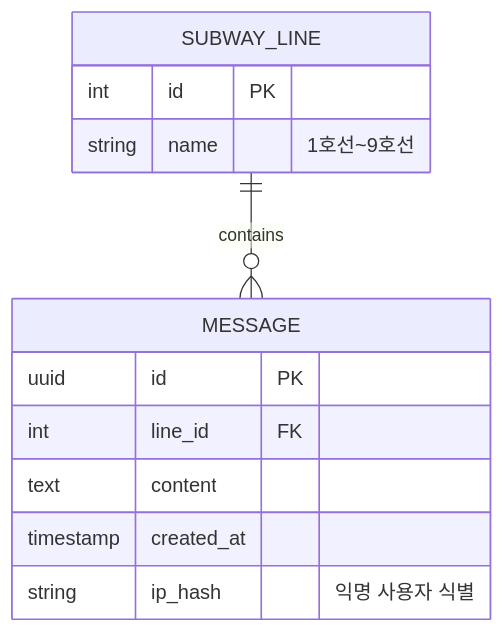
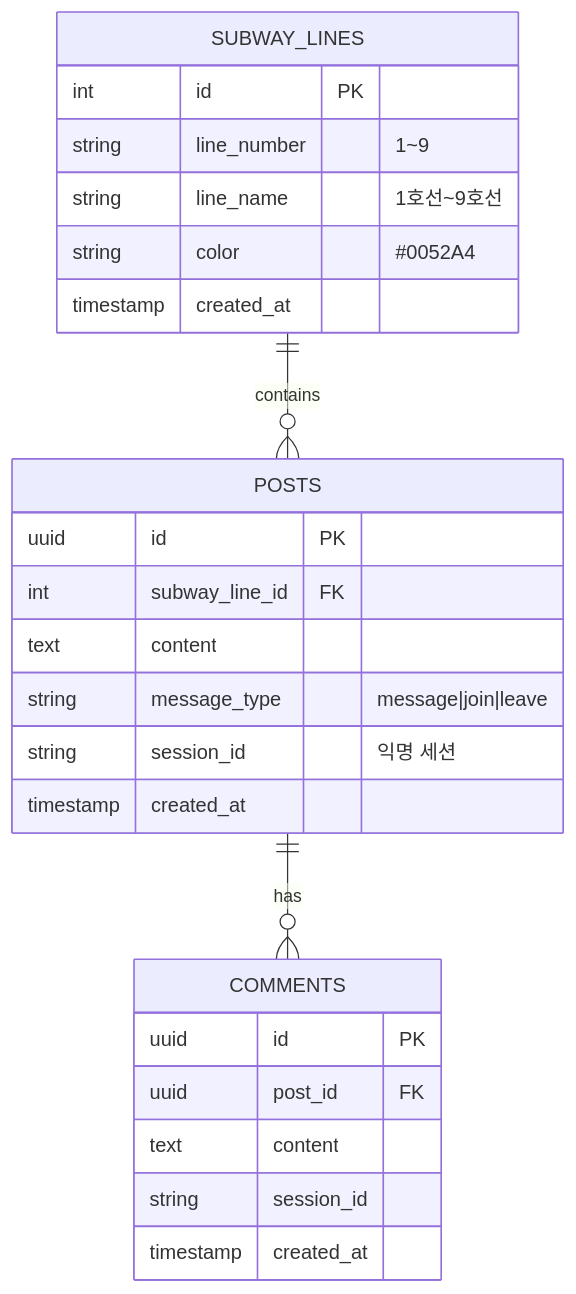
One commit to doublesilver/subway-board changed the fifth of 10 diagrams in README.md. Above: the diagram before and after it, drawn with Mermaid. The commit also changed other lines of this file, not shown here.

````diff
--- a/README.md
+++ b/README.md
@@ -108,15 +211,30 @@
 ```mermaid
 erDiagram
-    SUBWAY_LINE ||--o{ MESSAGE : "contains"
-    SUBWAY_LINE {
+    SUBWAY_LINES ||--o{ POSTS : contains
+    POSTS ||--o{ COMMENTS : has
+
+    SUBWAY_LINES {
         int id PK
-        string name "1호선~9호선"
+        string line_number "1~9"
+        string line_name "1호선~9호선"
+        string color "#0052A4"
+        timestamp created_at
     }
-    MESSAGE {
+
+    POSTS {
         uuid id PK
-        int line_id FK
+        int subway_line_id FK
         text content
+        string message_type "message|join|leave"
+        string session_id "익명 세션"
         timestamp created_at
-        string ip_hash "익명 사용자 식별"
+    }
+
+    COMMENTS {
+        uuid id PK
+        uuid post_id FK
+        text content
+        string session_id
+        timestamp created_at
     }
 ```
````
